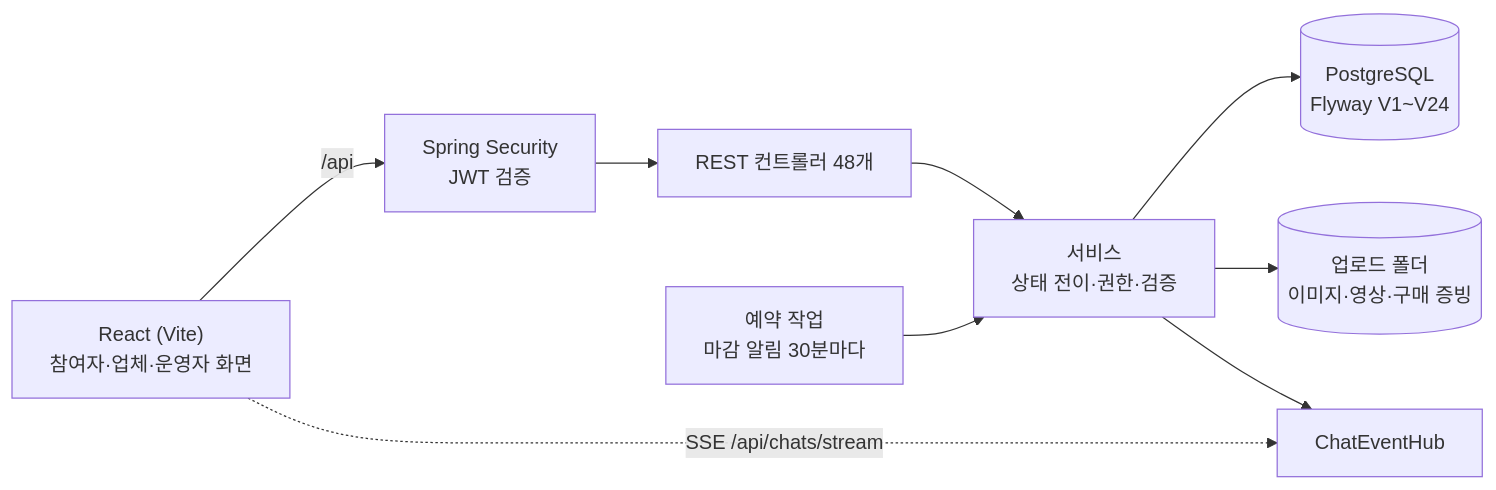
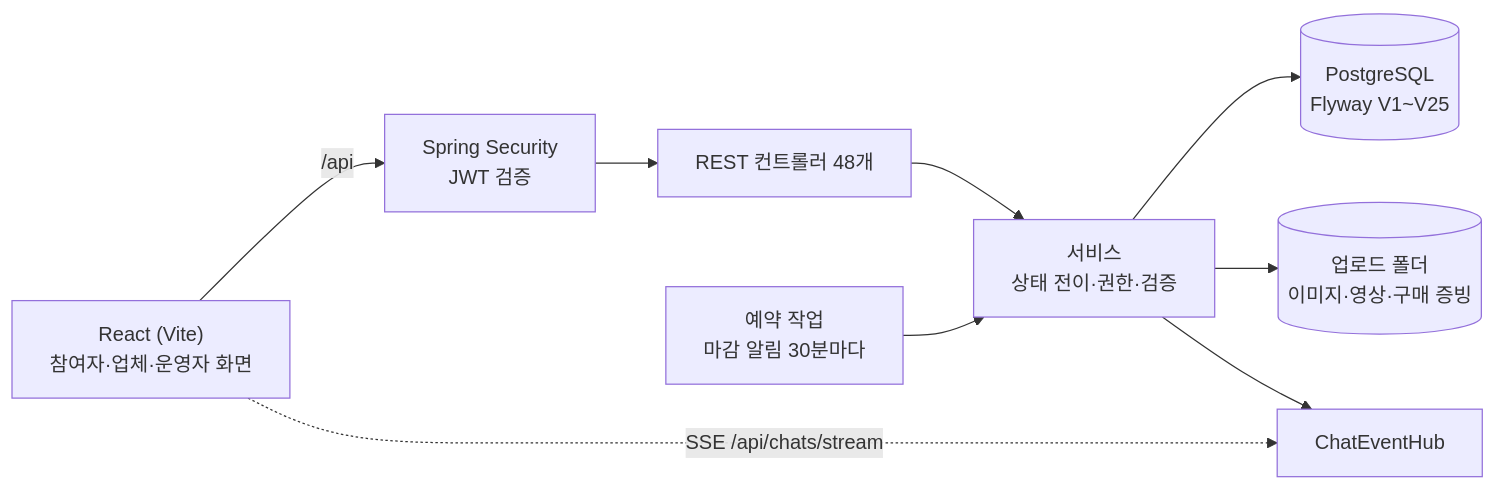
Before and after one commit to yoo-jin-k/movrit-backend: the first of 2 diagrams in README.md, drawn with Mermaid. The commit also changed other lines of this file and 22 other files, not shown here.

````diff
--- a/README.md
+++ b/README.md
@@ -73,10 +73,10 @@
 ```mermaid
 flowchart LR
   FE["React (Vite)<br/>참여자·업체·운영자 화면"] -- "/api" --> SEC["Spring Security<br/>JWT 검증"]
   FE -. "SSE /api/chats/stream" .-> CHAT["ChatEventHub"]
   SEC --> API["REST 컨트롤러 48개"] --> SVC["서비스<br/>상태 전이·권한·검증"]
-  SVC --> DB[("PostgreSQL<br/>Flyway V1~V24")]
+  SVC --> DB[("PostgreSQL<br/>Flyway V1~V25")]
   SVC --> FS[("업로드 폴더<br/>이미지·영상·구매 증빙")]
   SVC --> CHAT
   JOB["예약 작업<br/>마감 알림 30분마다"] --> SVC
 ```
````
